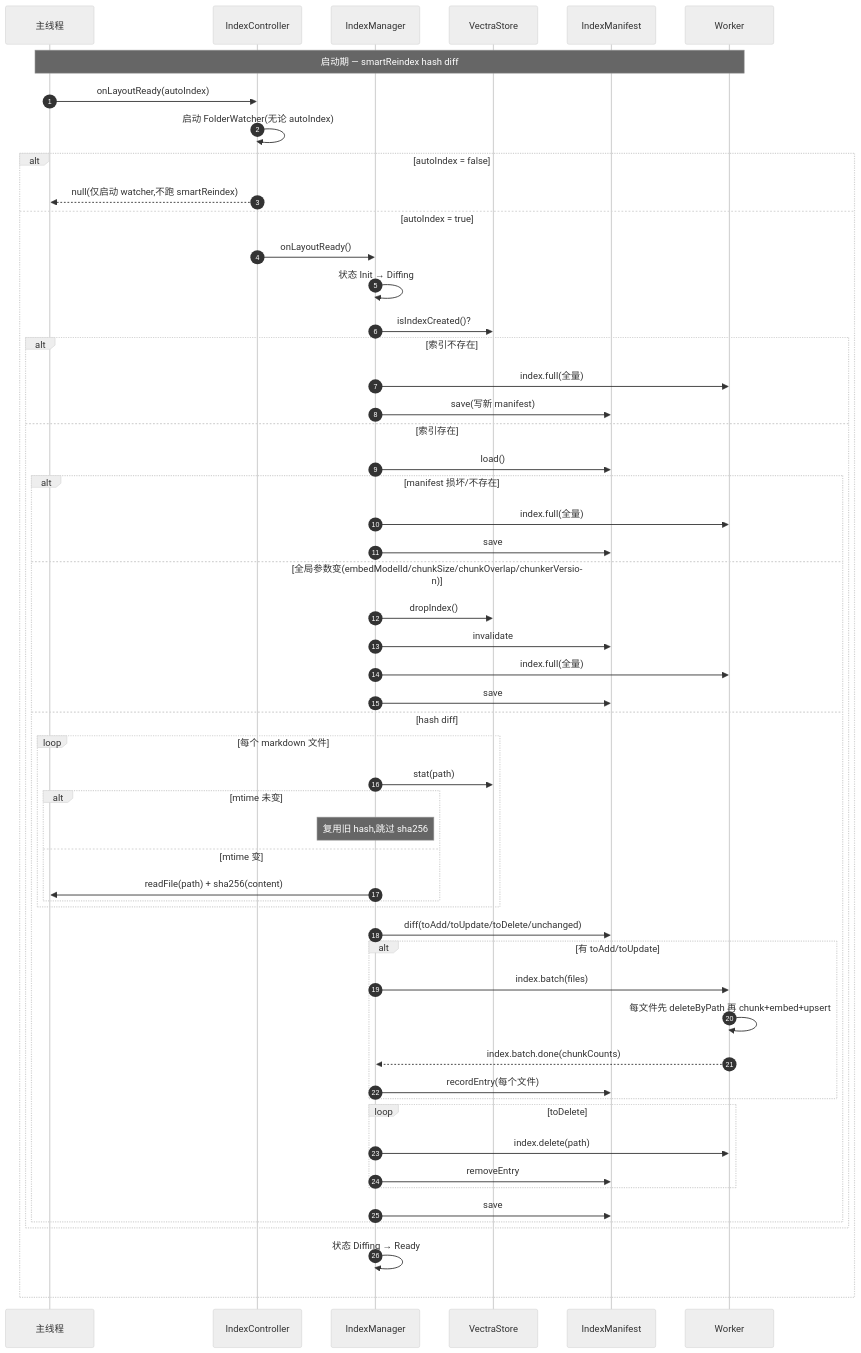
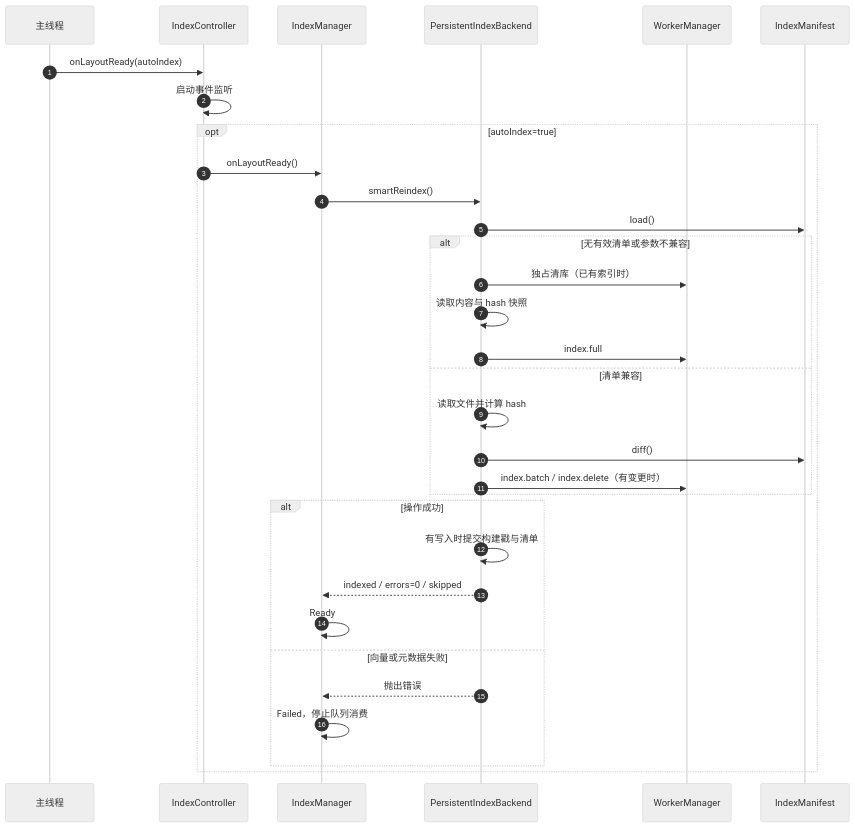
One commit to golddream-y/obsidian-ratel changed the fourth of 8 diagrams in docs/architecture/rag/vector-index.md. Above: the diagram before and after it, drawn with Mermaid (neutral theme). The commit also changed other lines of this file and 9 other files, not shown here.

````diff
--- a/docs/architecture/rag/vector-index.md
+++ b/docs/architecture/rag/vector-index.md
@@ -138,59 +140,35 @@
 ```mermaid
 sequenceDiagram
     autonumber
     participant Main as 主线程
     participant IC as IndexController
     participant IM as IndexManager
-    participant VS as VectraStore
+    participant PB as PersistentIndexBackend
+    participant WM as WorkerManager
     participant MF as IndexManifest
-    participant WP as Worker
-
-    Note over Main,WP: 启动期 — smartReindex hash diff
 
     Main->>IC: onLayoutReady(autoIndex)
-    IC->>IC: 启动 FolderWatcher(无论 autoIndex)
-    alt autoIndex = false
-        IC-->>Main: null(仅启动 watcher,不跑 smartReindex)
-    else autoIndex = true
+    IC->>IC: 启动事件监听
+    opt autoIndex=true
         IC->>IM: onLayoutReady()
-        IM->>IM: 状态 Init → Diffing
-        IM->>VS: isIndexCreated()?
-        alt 索引不存在
-            IM->>WP: index.full(全量)
-            IM->>MF: save(写新 manifest)
-        else 索引存在
-            IM->>MF: load()
-            alt manifest 损坏/不存在
-                IM->>WP: index.full(全量)
-                IM->>MF: save
-            else 全局参数变(embedModelId/chunkSize/chunkOverlap/chunkerVersion)
-                IM->>VS: dropIndex()
-                IM->>MF: invalidate
-                IM->>WP: index.full(全量)
-                IM->>MF: save
-            else hash diff
-                loop 每个 markdown 文件
-                    IM->>VS: stat(path)
-                    alt mtime 未变
-                        Note over IM: 复用旧 hash,跳过 sha256
-                    else mtime 变
-                        IM->>Main: readFile(path) + sha256(content)
-                    end
-                end
-                IM->>MF: diff(toAdd/toUpdate/toDelete/unchanged)
-                alt 有 toAdd/toUpdate
-                    IM->>WP: index.batch(files)
-                    WP->>WP: 每文件先 deleteByPath 再 chunk+embed+upsert
-                    WP-->>IM: index.batch.done(chunkCounts)
-                    IM->>MF: recordEntry(每个文件)
-                end
-                loop toDelete
-                    IM->>WP: index.delete(path)
-                    IM->>MF: removeEntry
-                end
-                IM->>MF: save
-            end
+        IM->>PB: smartReindex()
+        PB->>MF: load()
+        alt 无有效清单或参数不兼容
+            PB->>WM: 独占清库（已有索引时）
+            PB->>PB: 读取内容与 hash 快照
+            PB->>WM: index.full
+        else 清单兼容
+            PB->>PB: 读取文件并计算 hash
+            PB->>MF: diff()
+            PB->>WM: index.batch / index.delete（有变更时）
         end
-        IM->>IM: 状态 Diffing → Ready
+        alt 操作成功
+            PB->>PB: 有写入时提交构建戳与清单
+            PB-->>IM: indexed / errors=0 / skipped
+            IM->>IM: Ready
+        else 向量或元数据失败
+            PB-->>IM: 抛出错误
+            IM->>IM: Failed，停止队列消费
+        end
     end
 ```
````
